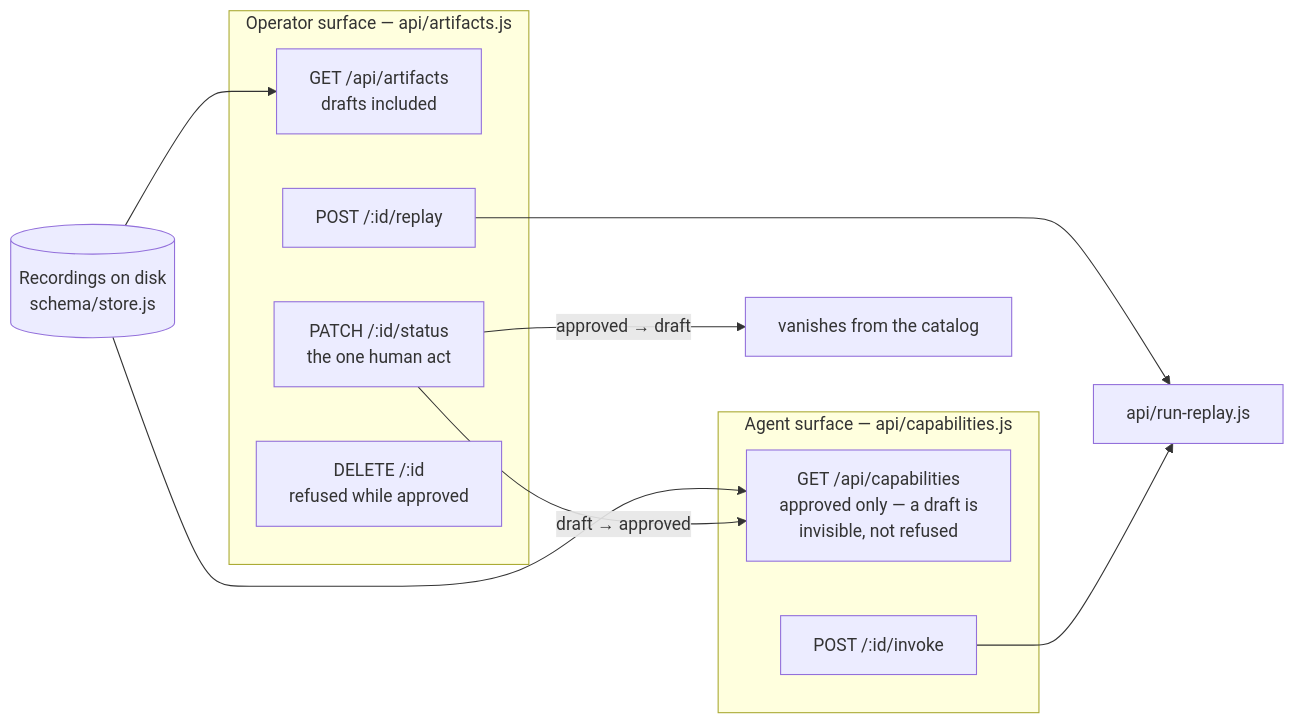
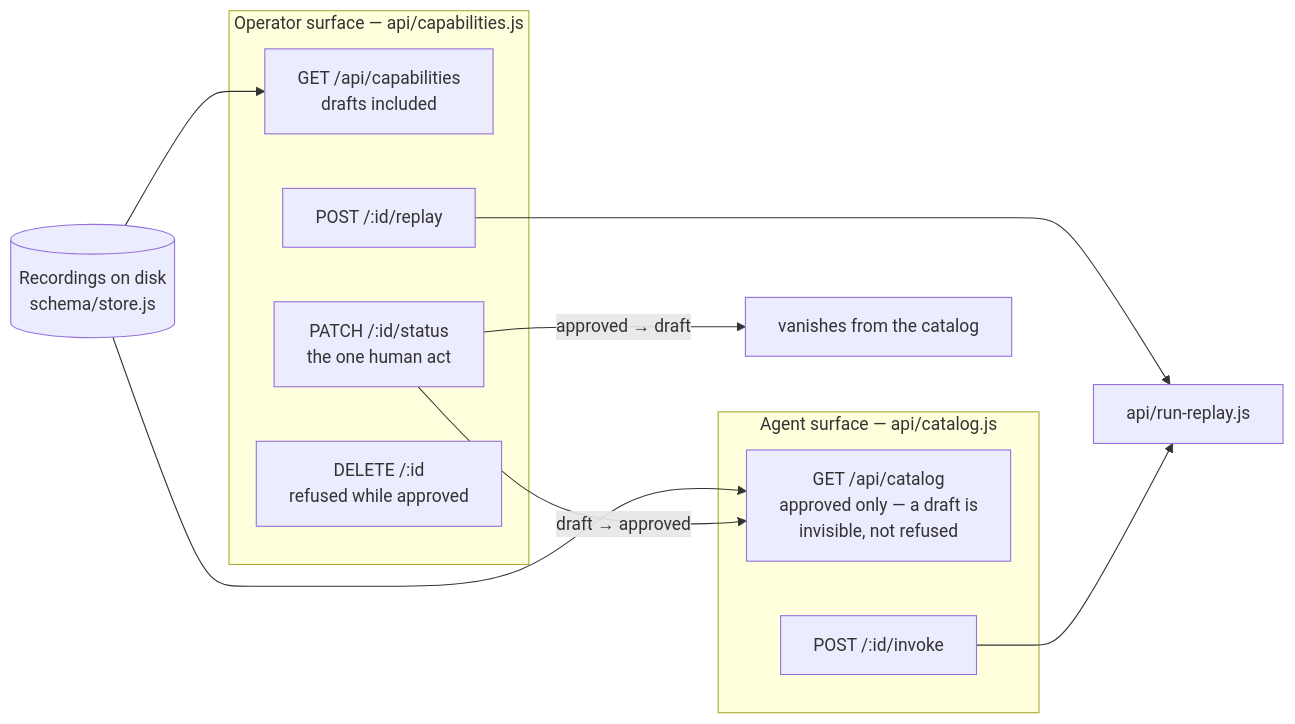
Before and after one commit to Nainicorn/interface-ai-cas-sk: the fourth of 7 diagrams in docs/DESIGN.md, drawn with Mermaid. The commit also changed other lines of this file and 6 other files, not shown here.

````diff
--- a/docs/DESIGN.md
+++ b/docs/DESIGN.md
@@ -175,23 +175,23 @@
 ```mermaid
 flowchart LR
     STORE[("Recordings on disk<br/>schema/store.js")]
 
-    subgraph op["Operator surface — api/artifacts.js"]
-        OL["GET /api/artifacts<br/>drafts included"]
+    subgraph op["Operator surface — api/capabilities.js"]
+        OL["GET /api/capabilities<br/>drafts included"]
         OS["PATCH /:id/status<br/>the one human act"]
         OR["POST /:id/replay"]
         OD["DELETE /:id<br/>refused while approved"]
     end
 
-    subgraph ag["Agent surface — api/capabilities.js"]
-        AL["GET /api/capabilities<br/>approved only — a draft is<br/>invisible, not refused"]
+    subgraph ag["Agent surface — api/catalog.js"]
+        AL["GET /api/catalog<br/>approved only — a draft is<br/>invisible, not refused"]
         AI["POST /:id/invoke"]
     end
 
     STORE --> OL
     STORE --> AL
     OS -->|"draft → approved"| AL
     OS -->|"approved → draft"| GONE["vanishes from the catalog"]
     OR --> RR["api/run-replay.js"]
     AI --> RR
 ```
````
